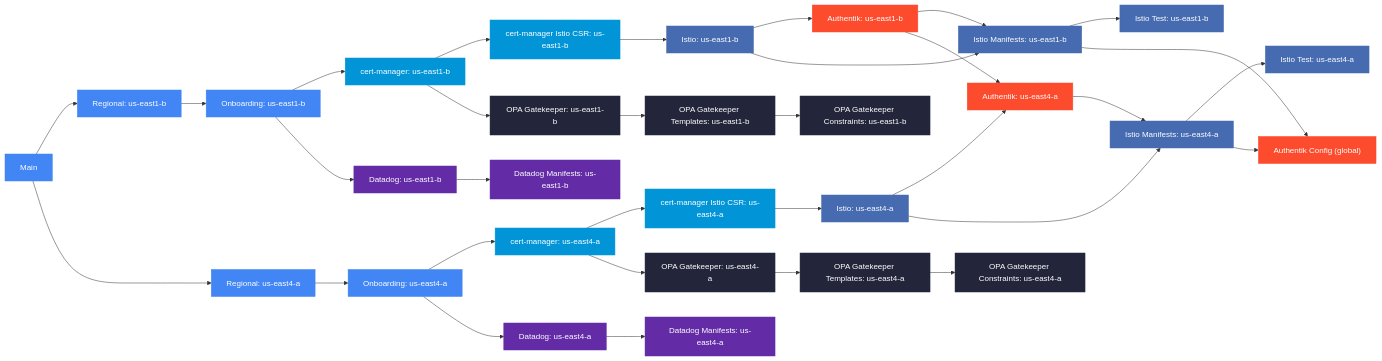
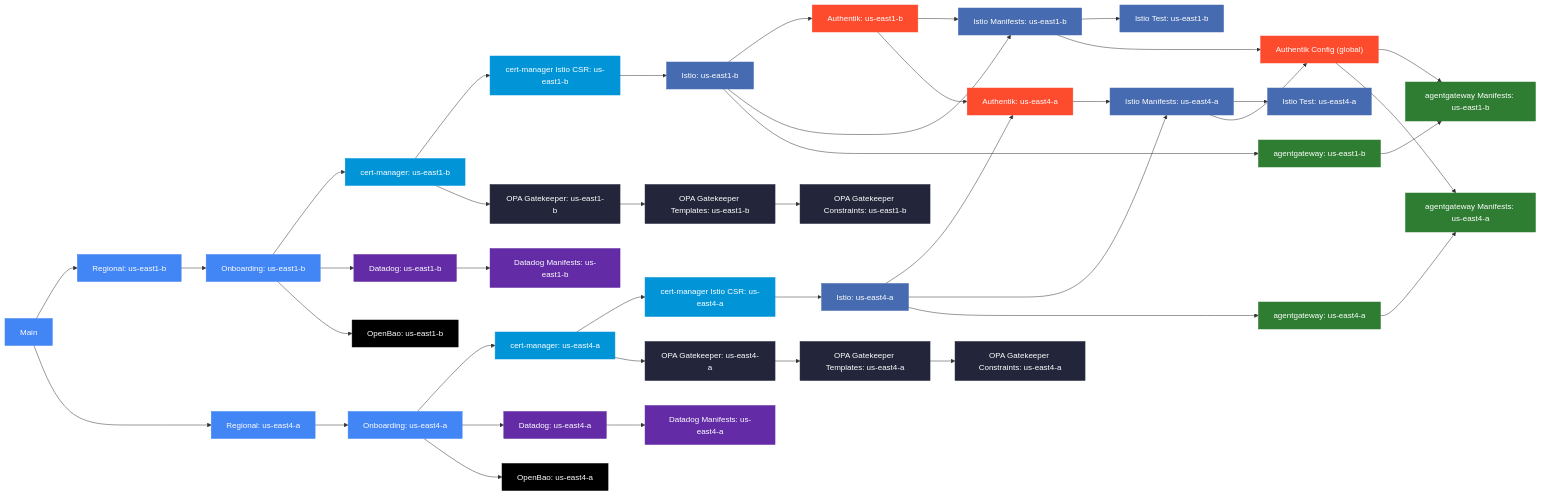
Before and after one commit to osinfra-io/pt-pneuma: the diagram in README.md, drawn with Mermaid.

Commit message:
Update deployment dependency graph for OpenBao and agentgateway

````diff
--- a/README.md
+++ b/README.md
@@ -42,45 +42,55 @@
 ```mermaid
 flowchart LR
     classDef gke fill:#4285F4,stroke:#4285F4,color:#fff
     classDef certmanager fill:#0195D8,stroke:#0195D8,color:#fff
     classDef istio fill:#466BB0,stroke:#466BB0,color:#fff
     classDef datadog fill:#632CA6,stroke:#632CA6,color:#fff
     classDef opa fill:#23263B,stroke:#23263B,color:#fff
     classDef authentik fill:#FD4B2D,stroke:#FD4B2D,color:#fff
+    classDef agentgateway fill:#2E7D32,stroke:#2E7D32,color:#fff
+    classDef openbao fill:#000,stroke:#000,color:#fff
 
     main["Main"]:::gke
 
     main --> z1_regional["Regional: us-east1-b"]:::gke
     z1_regional --> z1_onboarding["Onboarding: us-east1-b"]:::gke
     z1_onboarding --> z1_cert_manager["cert-manager: us-east1-b"]:::certmanager
     z1_onboarding --> z1_datadog["Datadog: us-east1-b"]:::datadog
+    z1_onboarding --> z1_openbao["OpenBao: us-east1-b"]:::openbao
     z1_cert_manager --> z1_cert_manager_istio_csr["cert-manager Istio CSR: us-east1-b"]:::certmanager
     z1_cert_manager --> z1_opa_gatekeeper["OPA Gatekeeper: us-east1-b"]:::opa
     z1_cert_manager_istio_csr --> z1_istio["Istio: us-east1-b"]:::istio
     z1_istio --> z1_authentik["Authentik: us-east1-b"]:::authentik
     z1_istio --> z1_istio_manifests["Istio Manifests: us-east1-b"]:::istio
     z1_authentik --> z1_istio_manifests
     z1_istio_manifests --> z1_istio_test["Istio Test: us-east1-b"]:::istio
+    z1_istio --> z1_agentgateway["agentgateway: us-east1-b"]:::agentgateway
+    z1_agentgateway --> z1_agentgateway_manifests["agentgateway Manifests: us-east1-b"]:::agentgateway
+    authentik_config --> z1_agentgateway_manifests
     z1_datadog --> z1_datadog_manifests["Datadog Manifests: us-east1-b"]:::datadog
     z1_opa_gatekeeper --> z1_opa_templates["OPA Gatekeeper Templates: us-east1-b"]:::opa
     z1_opa_templates --> z1_opa_constraints["OPA Gatekeeper Constraints: us-east1-b"]:::opa
 
     main --> z2_regional["Regional: us-east4-a"]:::gke
     z2_regional --> z2_onboarding["Onboarding: us-east4-a"]:::gke
     z2_onboarding --> z2_cert_manager["cert-manager: us-east4-a"]:::certmanager
     z2_onboarding --> z2_datadog["Datadog: us-east4-a"]:::datadog
+    z2_onboarding --> z2_openbao["OpenBao: us-east4-a"]:::openbao
     z2_cert_manager --> z2_cert_manager_istio_csr["cert-manager Istio CSR: us-east4-a"]:::certmanager
     z2_cert_manager --> z2_opa_gatekeeper["OPA Gatekeeper: us-east4-a"]:::opa
     z2_cert_manager_istio_csr --> z2_istio["Istio: us-east4-a"]:::istio
     z1_authentik --> z2_authentik["Authentik: us-east4-a"]:::authentik
     z2_istio --> z2_authentik
     z2_istio --> z2_istio_manifests["Istio Manifests: us-east4-a"]:::istio
     z2_authentik --> z2_istio_manifests
     z2_istio_manifests --> z2_istio_test["Istio Test: us-east4-a"]:::istio
+    z2_istio --> z2_agentgateway["agentgateway: us-east4-a"]:::agentgateway
+    z2_agentgateway --> z2_agentgateway_manifests["agentgateway Manifests: us-east4-a"]:::agentgateway
+    authentik_config --> z2_agentgateway_manifests
     z2_datadog --> z2_datadog_manifests["Datadog Manifests: us-east4-a"]:::datadog
     z2_opa_gatekeeper --> z2_opa_templates["OPA Gatekeeper Templates: us-east4-a"]:::opa
     z2_opa_templates --> z2_opa_constraints["OPA Gatekeeper Constraints: us-east4-a"]:::opa
 
     z1_istio_manifests --> authentik_config["Authentik Config (global)"]:::authentik
     z2_istio_manifests --> authentik_config
 ```
````
